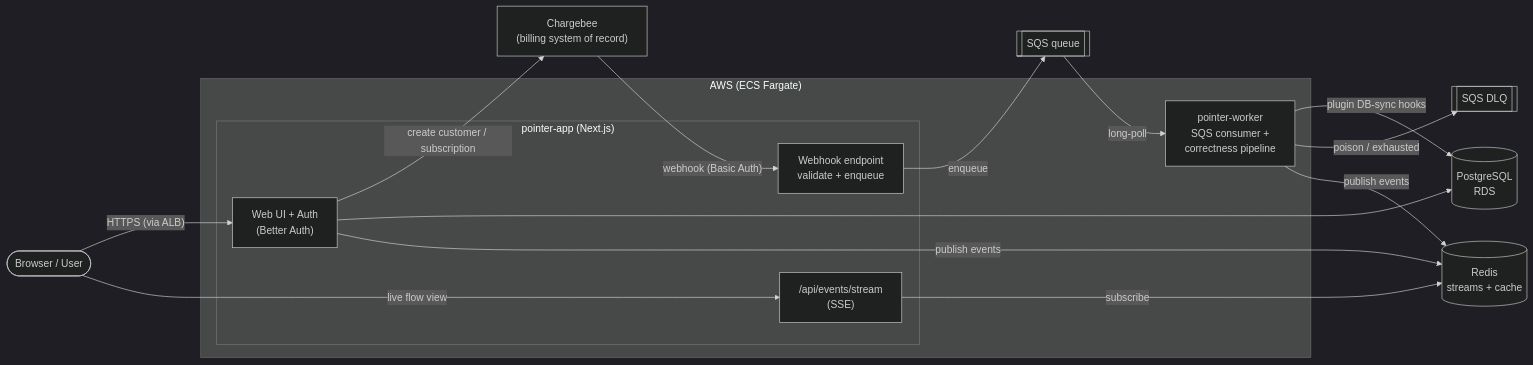
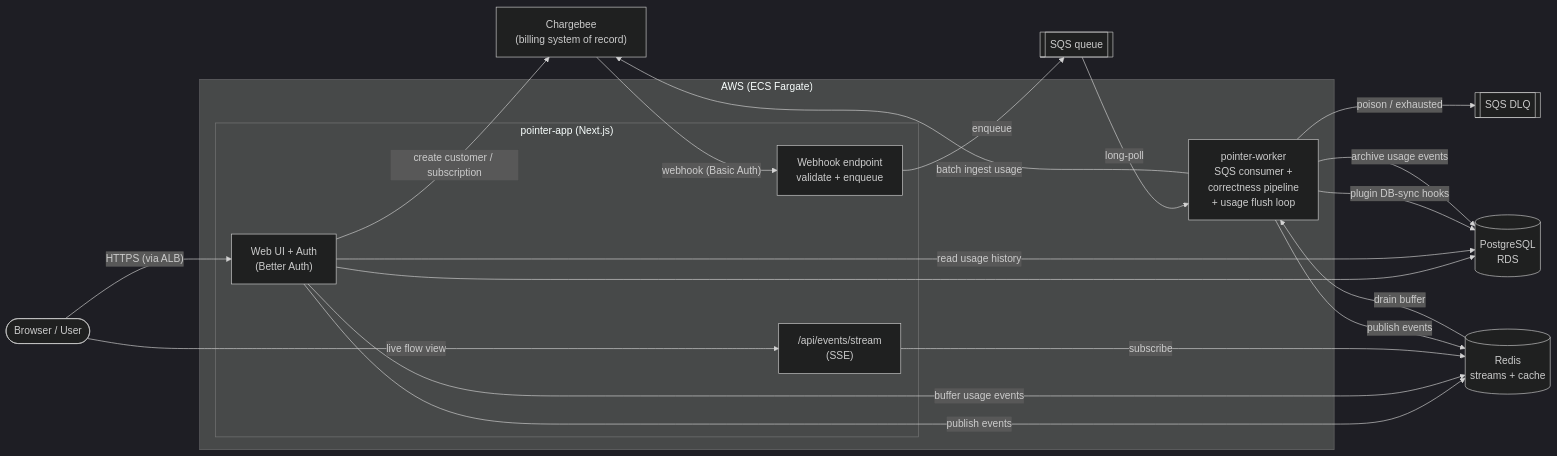
Before and after one commit to chargebee/reference-architecture: the first of 2 diagrams in pointer/ARCHITECTURE.md, drawn with Mermaid (dark theme). The commit also changed other lines of this file and 22 other files, not shown here.

````diff
--- a/pointer/ARCHITECTURE.md
+++ b/pointer/ARCHITECTURE.md
@@ -22,33 +22,38 @@
 ```mermaid
 flowchart LR
     User(["Browser / User"])
     CB["Chargebee<br/>(billing system of record)"]
 
     subgraph AWS["AWS (ECS Fargate)"]
         subgraph App["pointer-app (Next.js)"]
             Web["Web UI + Auth<br/>(Better Auth)"]
             WHIn["Webhook endpoint<br/>validate + enqueue"]
             SSE["/api/events/stream<br/>(SSE)"]
         end
-        Worker["pointer-worker<br/>SQS consumer +<br/>correctness pipeline"]
+        Worker["pointer-worker<br/>SQS consumer +<br/>correctness pipeline<br/>+ usage flush loop"]
     end
 
     Queue[["SQS queue"]]
     DLQ[["SQS DLQ"]]
     PG[("PostgreSQL<br/>RDS")]
     Redis[("Redis<br/>streams + cache")]
 
     User -->|"HTTPS (via ALB)"| Web
     Web -->|"create customer / subscription"| CB
     Web --> PG
     Web -->|"publish events"| Redis
+    Web -->|"buffer usage events"| Redis
+    Web -->|"read usage history"| PG
     SSE -->|"subscribe"| Redis
     User -->|"live flow view"| SSE
 
     CB -->|"webhook (Basic Auth)"| WHIn
     WHIn -->|"enqueue"| Queue
     Queue -->|"long-poll"| Worker
     Worker -->|"plugin DB-sync hooks"| PG
     Worker -->|"poison / exhausted"| DLQ
     Worker -->|"publish events"| Redis
+    Redis -->|"drain buffer"| Worker
+    Worker -->|"archive usage events"| PG
+    Worker -->|"batch ingest usage"| CB
 ```
````
